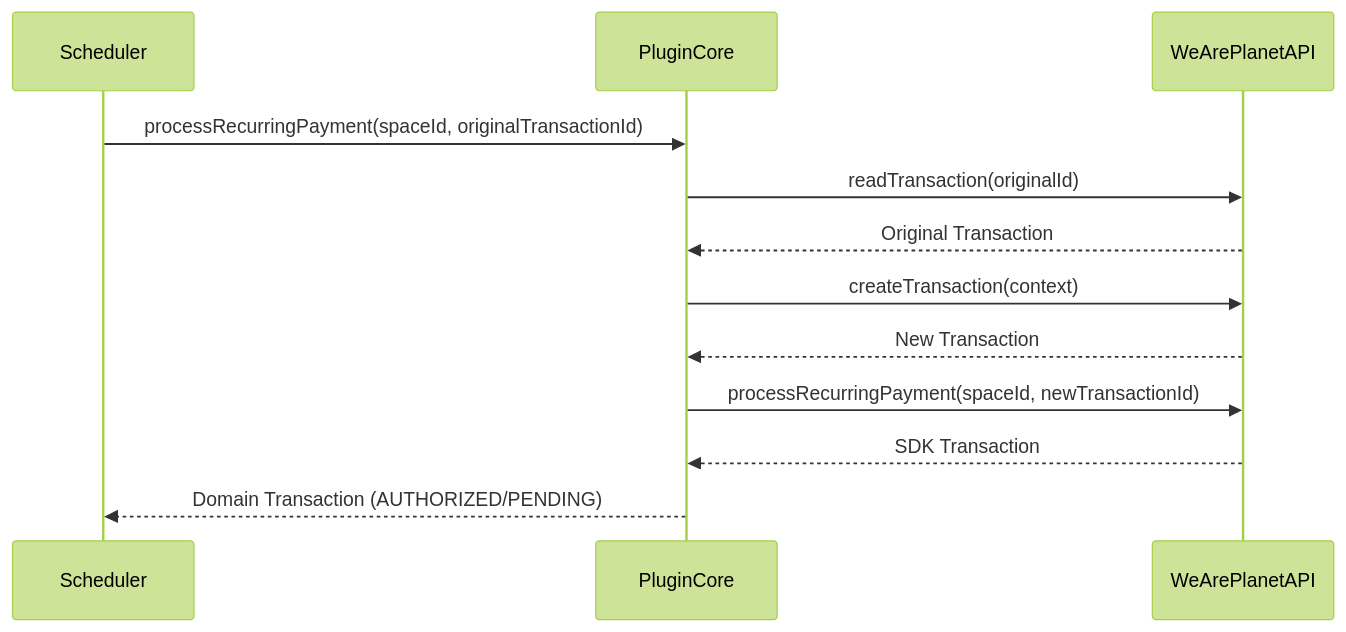
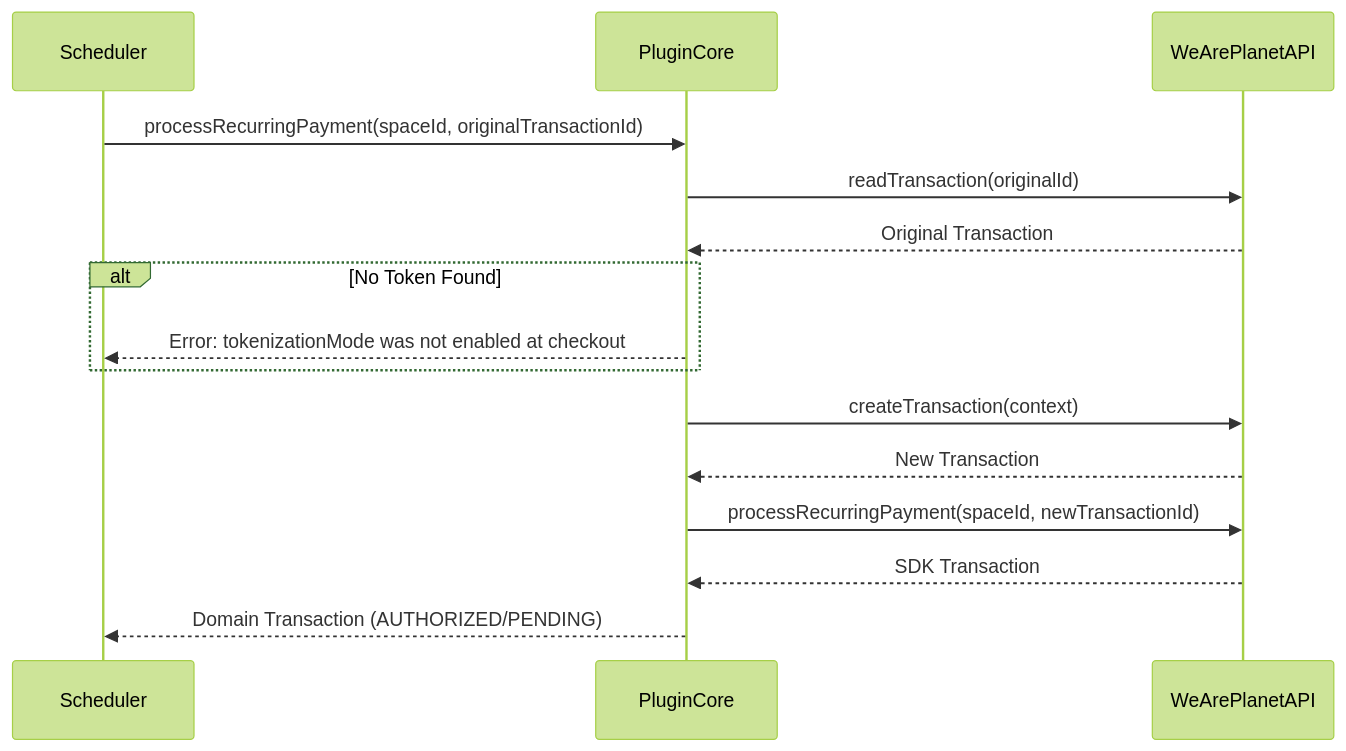
The diagram in docs/Recurring/README.md (weareplanet/plugin-core), drawn with Mermaid (forest theme) before and after one commit. The commit also changed other lines of this file and 146 other files, not shown here.

````diff
--- a/docs/Recurring/README.md
+++ b/docs/Recurring/README.md
@@ -79,17 +80,21 @@
 ```mermaid
 sequenceDiagram
     participant Scheduler
     participant PluginCore
     participant WeArePlanetAPI
 
     Scheduler->>PluginCore: processRecurringPayment(spaceId, originalTransactionId)
     PluginCore->>WeArePlanetAPI: readTransaction(originalId)
     WeArePlanetAPI-->>PluginCore: Original Transaction
 
+    alt No Token Found
+        PluginCore-->>Scheduler: Error: tokenizationMode was not enabled at checkout
+    end
+
     PluginCore->>WeArePlanetAPI: createTransaction(context)
     WeArePlanetAPI-->>PluginCore: New Transaction
 
     PluginCore->>WeArePlanetAPI: processRecurringPayment(spaceId, newTransactionId)
     WeArePlanetAPI-->>PluginCore: SDK Transaction
     PluginCore-->>Scheduler: Domain Transaction (AUTHORIZED/PENDING)
 ```
````
